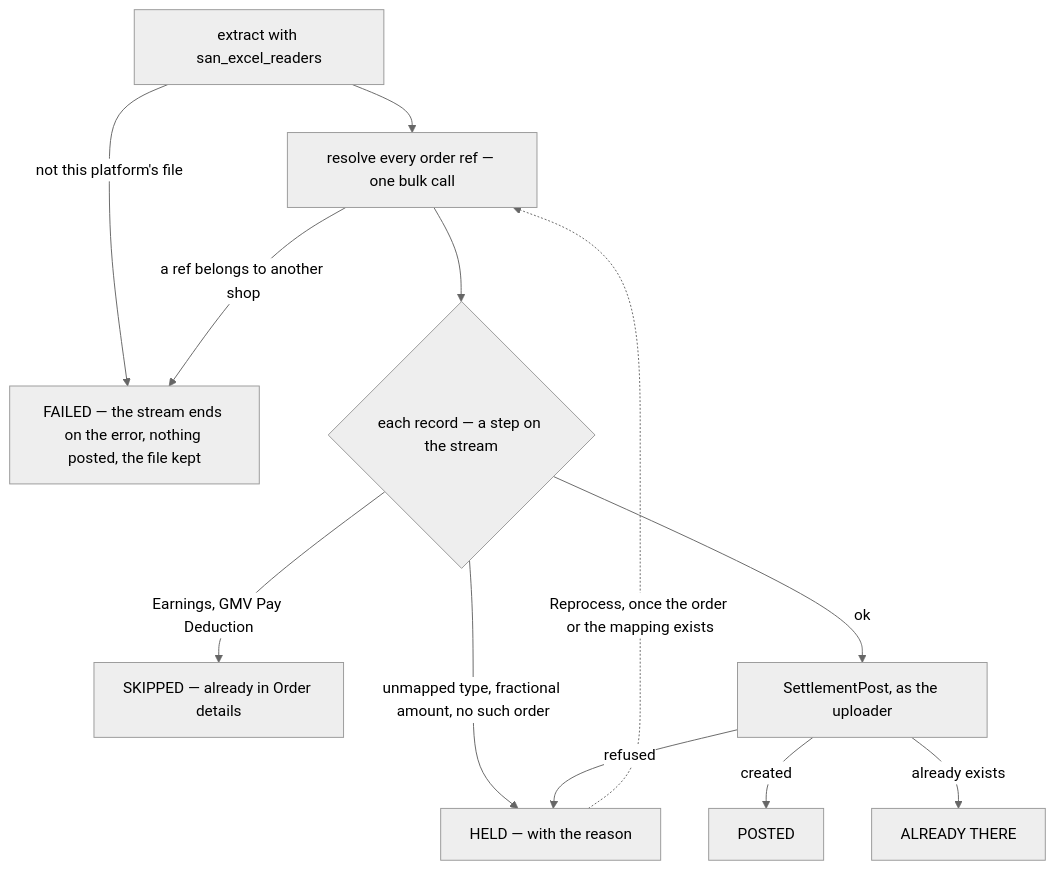
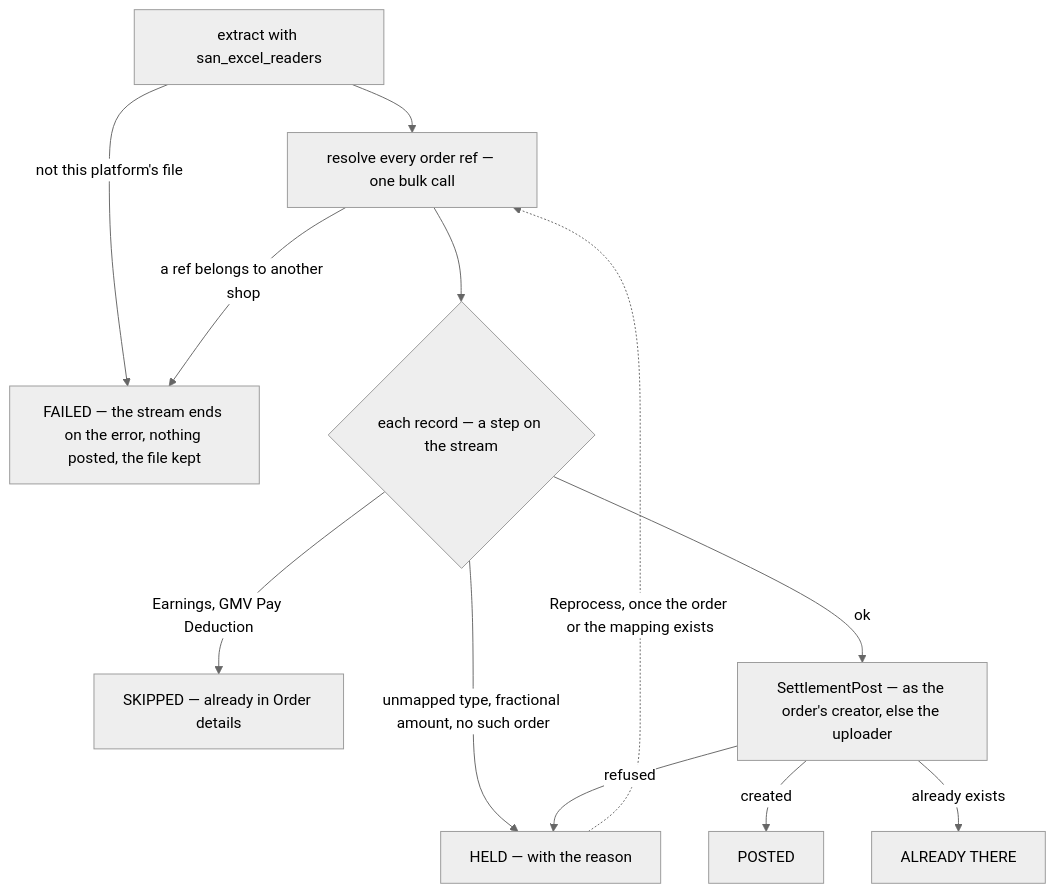
The fourth of 8 diagrams in docs/business/settlement/settlement_importer_clarify.md (pdcgo/warehouse_revamp), drawn with Mermaid (neutral theme) before and after one commit. The commit also changed other lines of this file and 6 other files, not shown here.

First line of the commit message:
settlement: record an-imported-row-names-its-orders-creator-else-the-uploader

````diff
--- a/docs/business/settlement/settlement_importer_clarify.md
+++ b/docs/business/settlement/settlement_importer_clarify.md
@@ -136,14 +137,14 @@
 ```mermaid
 flowchart TD
   P["extract with san_excel_readers"] -->|"not this platform's file"| F["FAILED — the stream ends on the error, nothing posted, the file kept"]
   P --> R["resolve every order ref — one bulk call"]
   R -->|"a ref belongs to another shop"| F
   R --> L{"each record — a step on the stream"}
   L -->|"Earnings, GMV Pay Deduction"| SK["SKIPPED — already in Order details"]
   L -->|"unmapped type, fractional amount, no such order"| H["HELD — with the reason"]
-  L -->|"ok"| W["SettlementPost, as the uploader"]
+  L -->|"ok"| W["SettlementPost — as the order's creator, else the uploader"]
   W -->|"created"| PO["POSTED"]
   W -->|"already exists"| EX["ALREADY THERE"]
   W -->|"refused"| H
   H -.->|"Reprocess, once the order or the mapping exists"| R
 ```
````
